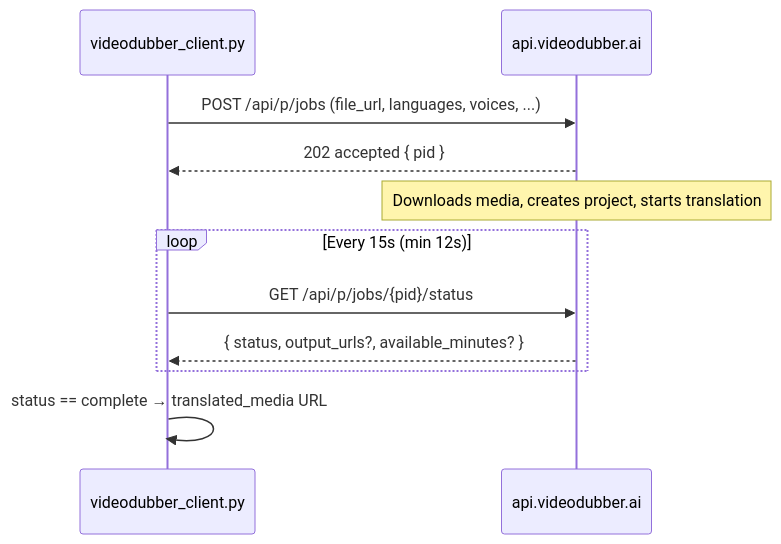
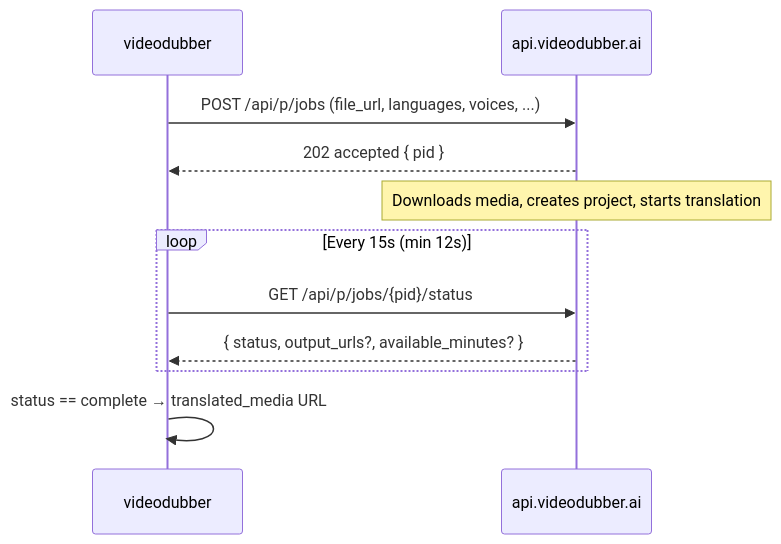
The diagram in videodubber_client.md (Souvic/VideoDubber), drawn with Mermaid before and after one commit. The commit also changed other lines of this file and 10 other files, not shown here.

````diff
--- a/videodubber_client.md
+++ b/videodubber_client.md
@@ -50,16 +71,16 @@
 ```mermaid
 sequenceDiagram
-    participant Client as videodubber_client.py
+    participant Client as videodubber
     participant API as api.videodubber.ai
 
     Client->>API: POST /api/p/jobs (file_url, languages, voices, ...)
     API-->>Client: 202 accepted { pid }
     Note over API: Downloads media, creates project, starts translation
 
     loop Every 15s (min 12s)
         Client->>API: GET /api/p/jobs/{pid}/status
         API-->>Client: { status, output_urls?, available_minutes? }
     end
 
     Client->>Client: status == complete → translated_media URL
 ```
````
